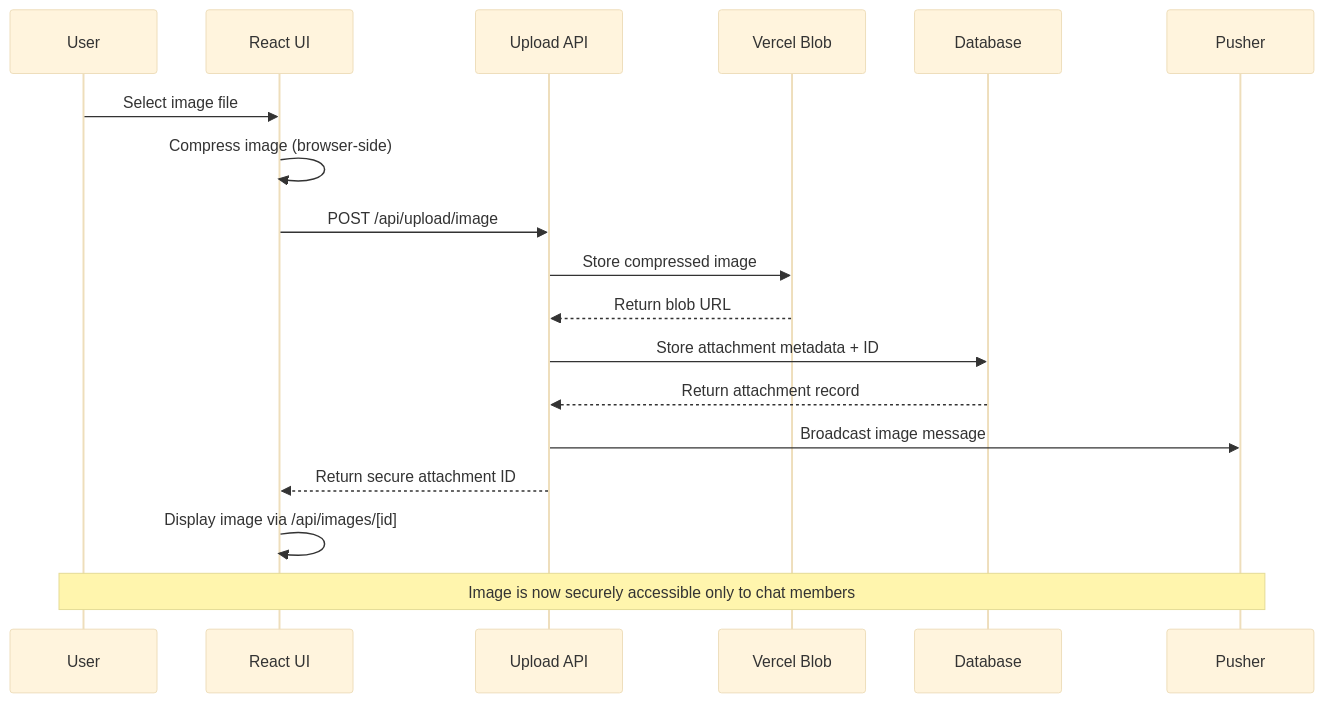
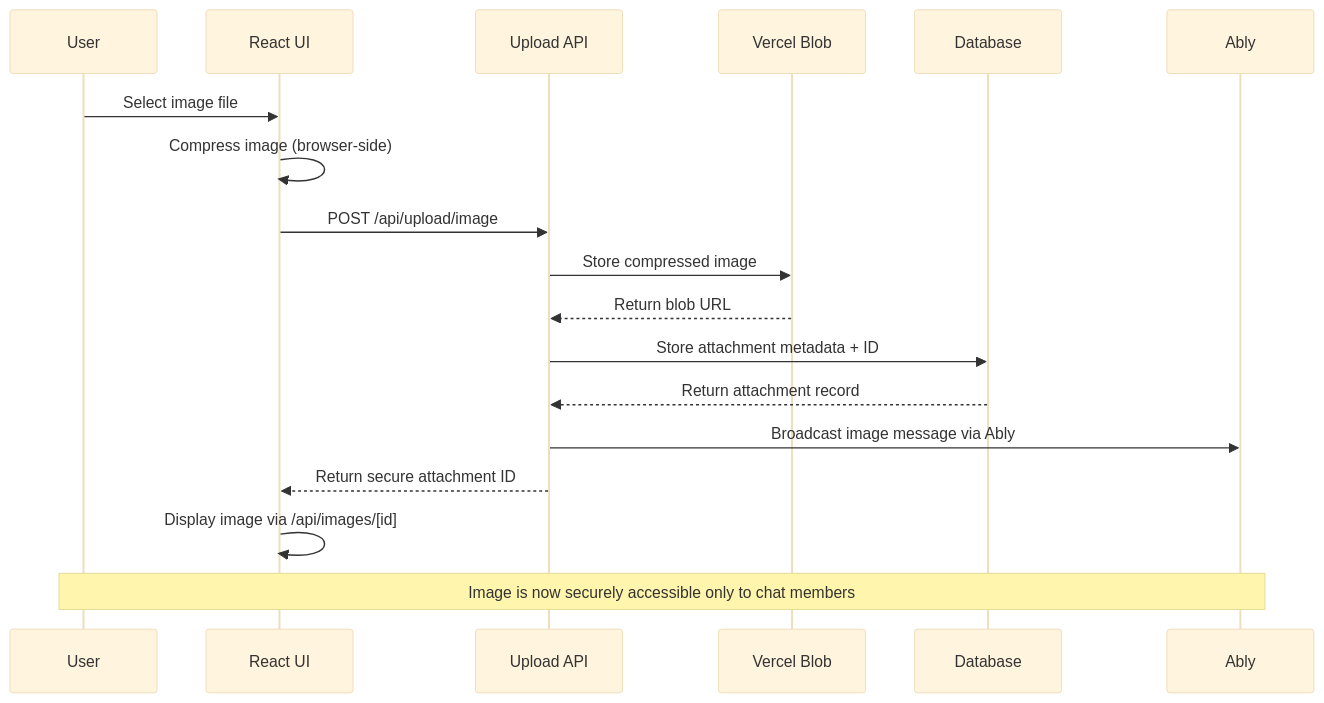
The fourth of 5 diagrams in README.md (ateendra24/realtime-chat-nextjs), drawn with Mermaid (base theme) before and after one commit. The commit also changed other lines of this file and 3 other files, not shown here.

Commit message:
feat: update documentation and code references from Pusher to Ably for real-time messaging

````diff
--- a/README.md
+++ b/README.md
@@ -447,22 +445,22 @@
 ```mermaid
 sequenceDiagram
     participant U as User
     participant UI as React UI
     participant API as Upload API
     participant VB as Vercel Blob
     participant DB as Database
-    participant P as Pusher
+    participant P as Ably
 
     U->>UI: Select image file
     UI->>UI: Compress image (browser-side)
     UI->>API: POST /api/upload/image
     API->>VB: Store compressed image
     VB-->>API: Return blob URL
     API->>DB: Store attachment metadata + ID
     DB-->>API: Return attachment record
-    API->>P: Broadcast image message
+    API->>P: Broadcast image message via Ably
     API-->>UI: Return secure attachment ID
     UI->>UI: Display image via /api/images/[id]
 
     Note over U,P: Image is now securely accessible only to chat members
 ```
````
